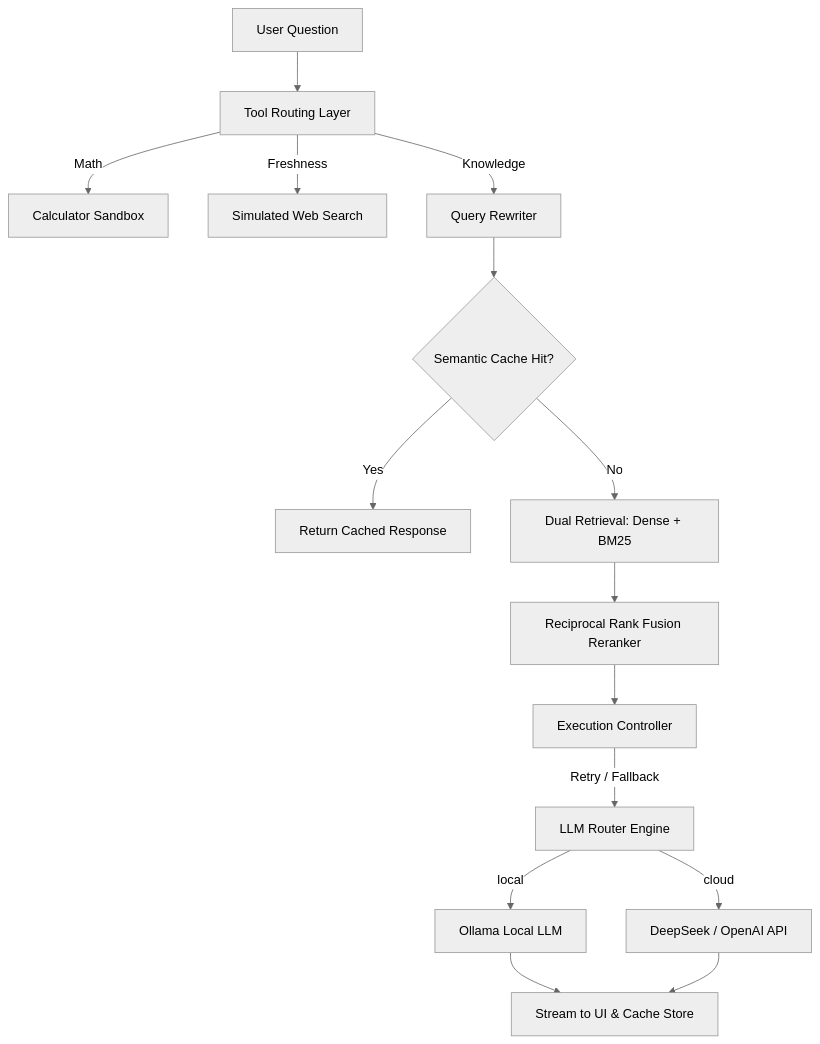
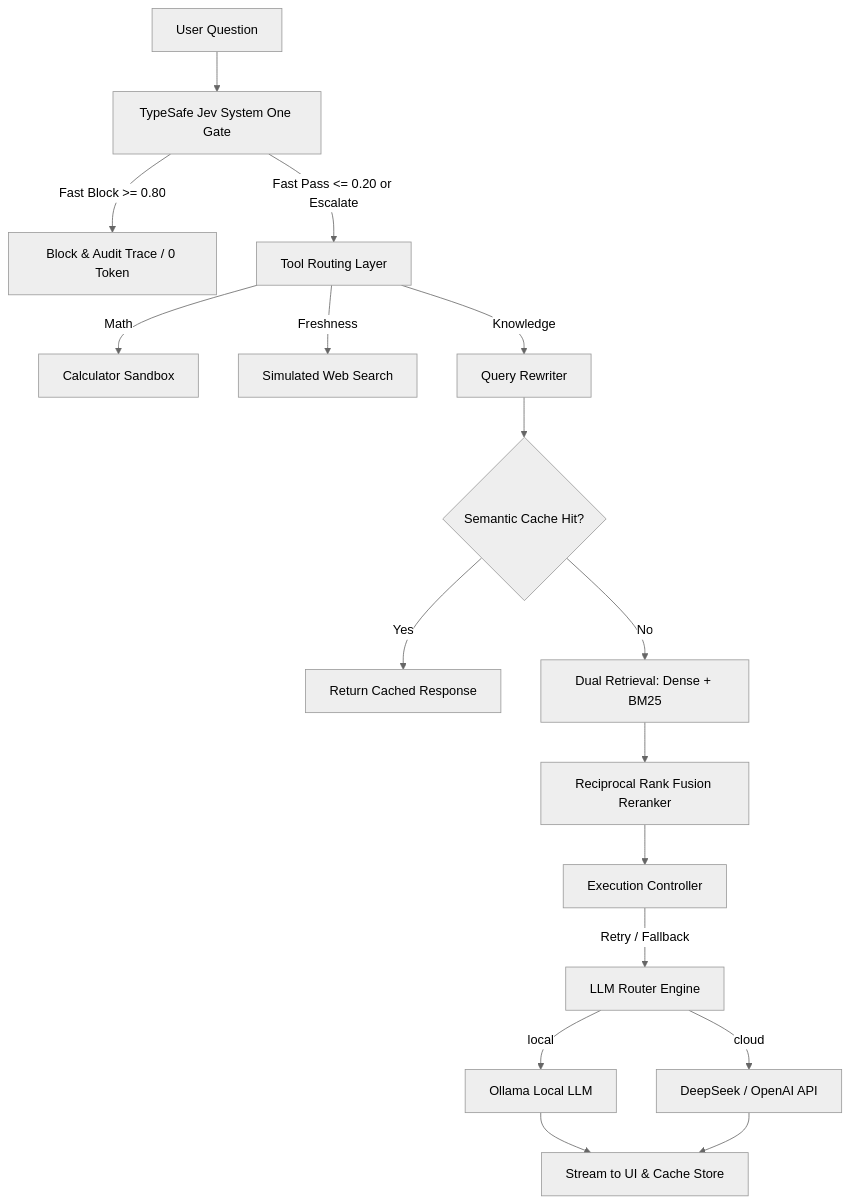
Before and after one commit to Hao610/AI-Model-Atlas: the diagram in projects/rag-app/README.md, drawn with Mermaid (neutral theme). The commit also changed other lines of this file and 5 other files, not shown here.

Commit message:
docs: update root and rag-app READMEs with TypeSafe Jev architecture and quickstart step

````diff
--- a/projects/rag-app/README.md
+++ b/projects/rag-app/README.md
@@ -13,22 +13,24 @@
 ```mermaid
 flowchart TD
-    UserQuery[User Question] --> ToolRouter[Tool Routing Layer]
+    UserQuery[User Question] --> JevGate[TypeSafe Jev System One Gate]
+    JevGate -->|Fast Block >= 0.80| DirectBlock[Block & Audit Trace / 0 Token]
+    JevGate -->|Fast Pass <= 0.20 or Escalate| ToolRouter[Tool Routing Layer]
     ToolRouter -->|Math| CalculatorTool[Calculator Sandbox]
     ToolRouter -->|Freshness| WebTool[Simulated Web Search]
     ToolRouter -->|Knowledge| QueryRewriter[Query Rewriter]
     
     QueryRewriter --> SemanticCacheCheck{Semantic Cache Hit?}
     
     SemanticCacheCheck -->|Yes| InstantReturn[Return Cached Response]
     SemanticCacheCheck -->|No| VectorSearch[Dual Retrieval: Dense + BM25]
     
     VectorSearch --> Reranker[Reciprocal Rank Fusion Reranker]
     Reranker --> ExecutionController[Execution Controller]
     
     ExecutionController -->|Retry / Fallback| LLMRouter[LLM Router Engine]
     LLMRouter -->|local| Ollama[Ollama Local LLM]
     LLMRouter -->|cloud| CloudAPI[DeepSeek / OpenAI API]
     
     Ollama --> StreamOutput[Stream to UI & Cache Store]
     CloudAPI --> StreamOutput
 ```
````
